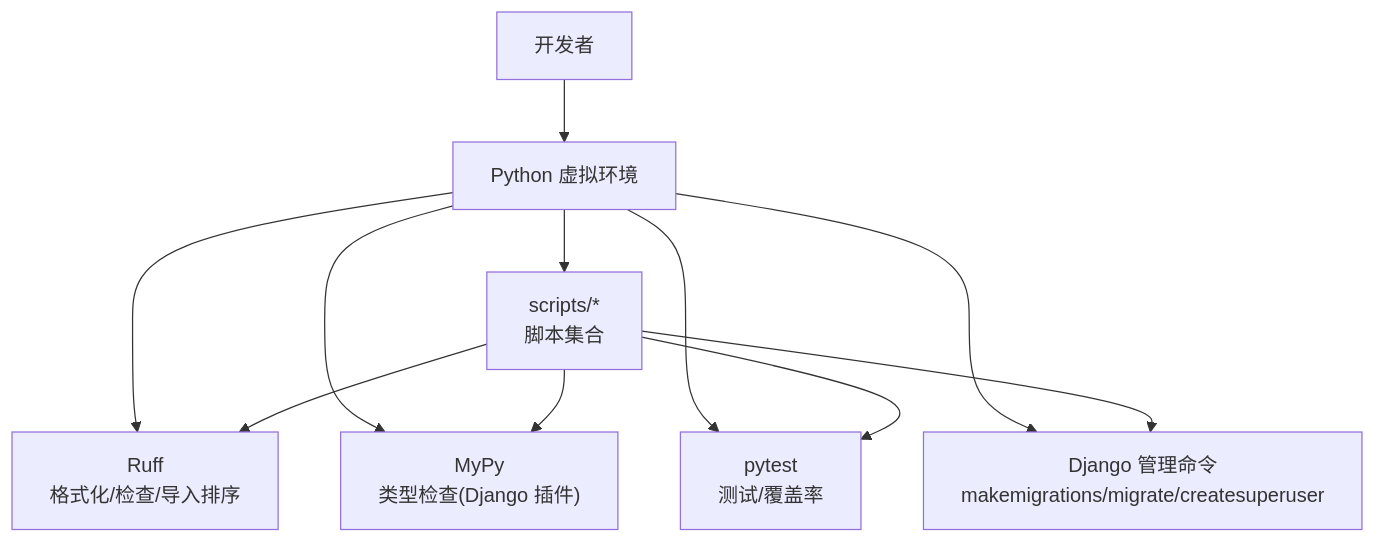
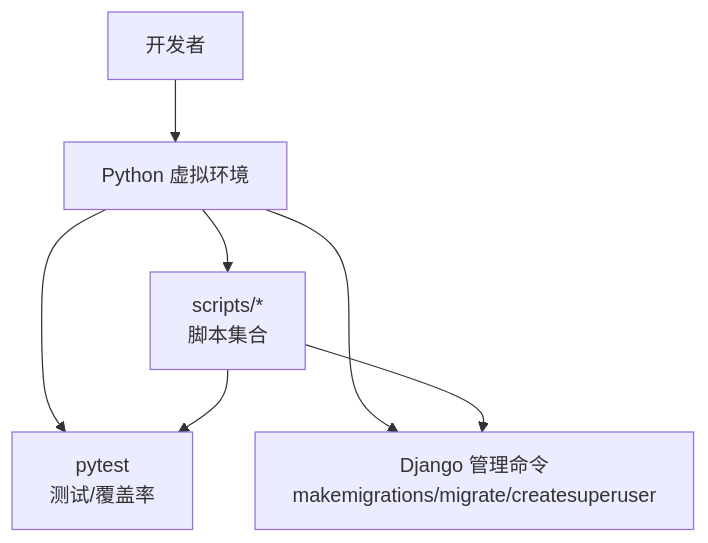
Before and after one commit to taoweidong/Hello-Django-Ninja-Api: the second of 8 diagrams in .qoder/repowiki/zh/content/开发工具和脚本.md, drawn with Mermaid. The commit also changed other lines of this file and 96 other files, not shown here.

````diff
--- a/.qoder/repowiki/zh/content/开发工具和脚本.md
+++ b/.qoder/repowiki/zh/content/开发工具和脚本.md
@@ -147,20 +146,14 @@
 ```mermaid
 graph TB
 DEV["开发者"]
 VENV["Python 虚拟环境"]
-RUFF["Ruff<br/>格式化/检查/导入排序"]
-MYPY["MyPy<br/>类型检查(Django 插件)"]
 PYTEST["pytest<br/>测试/覆盖率"]
 DJANGO["Django 管理命令<br/>makemigrations/migrate/createsuperuser"]
 SCRIPTS["scripts/*<br/>脚本集合"]
 DEV --> VENV
-VENV --> RUFF
-VENV --> MYPY
 VENV --> PYTEST
 VENV --> DJANGO
 VENV --> SCRIPTS
-SCRIPTS --> RUFF
-SCRIPTS --> MYPY
 SCRIPTS --> PYTEST
 SCRIPTS --> DJANGO
 ```
````
